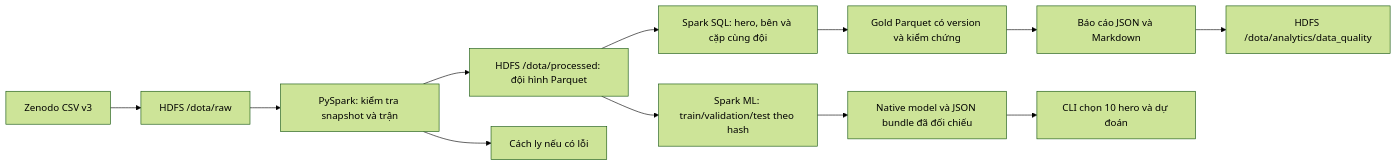
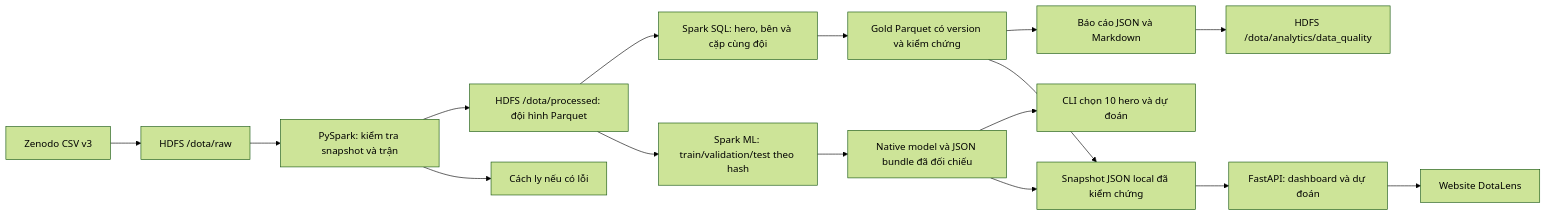
One commit to ncdanh0311/Dota2_BigData changed the diagram in README.md. Above: the diagram before and after it, drawn with Mermaid (forest theme). The commit also changed other lines of this file and 13 other files, not shown here.

````diff
--- a/README.md
+++ b/README.md
@@ -37,14 +38,18 @@
 ```mermaid
 flowchart LR
     Z[Zenodo CSV v3] --> R[HDFS /dota/raw]
     R --> V[PySpark: kiểm tra snapshot và trận]
     V --> P[HDFS /dota/processed: đội hình Parquet]
     V --> Q[Cách ly nếu có lỗi]
     P --> S[Spark SQL: hero, bên và cặp cùng đội]
     S --> G[Gold Parquet có version và kiểm chứng]
     G --> E[Báo cáo JSON và Markdown]
     P --> M[Spark ML: train/validation/test theo hash]
     M --> B[Native model và JSON bundle đã đối chiếu]
     B --> D[CLI chọn 10 hero và dự đoán]
+  G --> W[Snapshot JSON local đã kiểm chứng]
+  B --> W
+  W --> API[FastAPI: dashboard và dự đoán]
+  API --> UI[Website DotaLens]
     E --> A[HDFS /dota/analytics/data_quality]
 ```
````
